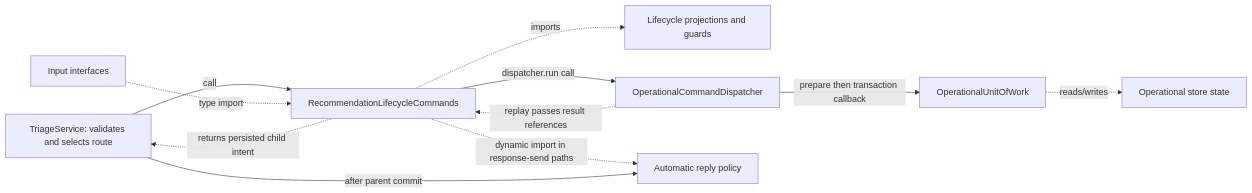
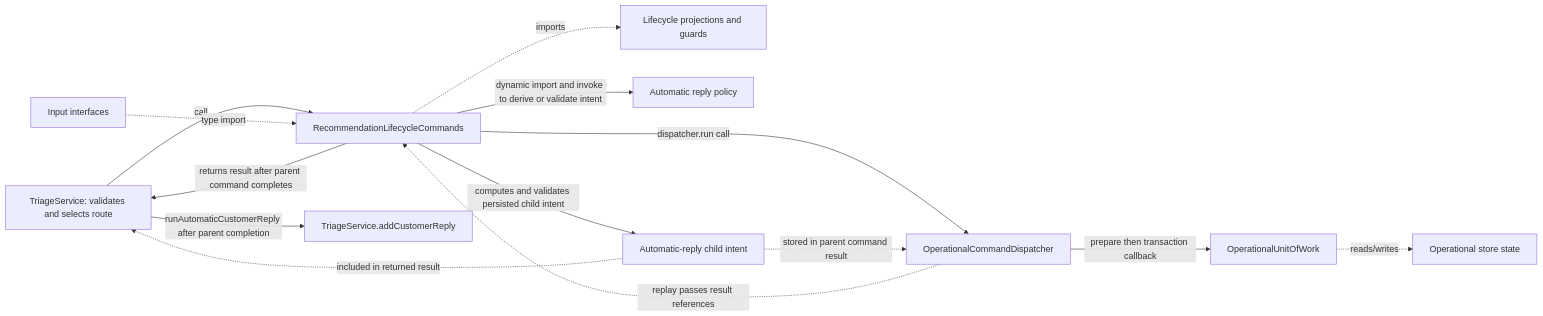
The diagram in docs/modules/recommendation-lifecycle.md (MatiasLaukka/Support-Ticket-Triage-MCP), drawn with Mermaid before and after one commit. The commit also changed other lines of this file and 2 other files, not shown here.

````diff
--- a/docs/modules/recommendation-lifecycle.md
+++ b/docs/modules/recommendation-lifecycle.md
@@ -51,13 +51,16 @@
 ```mermaid
 flowchart LR
   Facade["TriageService: validates and selects route"] -->|call| Command["RecommendationLifecycleCommands"]
   Contract["Input interfaces"] -. "type import" .-> Command
   Command -. "imports" .-> Support["Lifecycle projections and guards"]
   Command -->|dispatcher.run call| Dispatcher["OperationalCommandDispatcher"]
   Dispatcher -->|prepare then transaction callback| Uow["OperationalUnitOfWork"]
   Uow -. "reads/writes" .-> Store["Operational store state"]
   Dispatcher -. "replay passes result references" .-> Command
-  Command -. "dynamic import in response-send paths" .-> Auto["Automatic reply policy"]
-  Command -. "returns persisted child intent" .-> Facade
-  Facade -->|after parent commit| Auto
+  Command -->|dynamic import and invoke to derive or validate intent| Auto["Automatic reply policy"]
+  Command -->|computes and validates persisted child intent| Intent["Automatic-reply child intent"]
+  Intent -. "stored in parent command result" .-> Dispatcher
+  Command -->|returns result after parent command completes| Facade
+  Intent -. "included in returned result" .-> Facade
+  Facade -->|runAutomaticCustomerReply after parent completion| AddReply["TriageService.addCustomerReply"]
 ```
````
